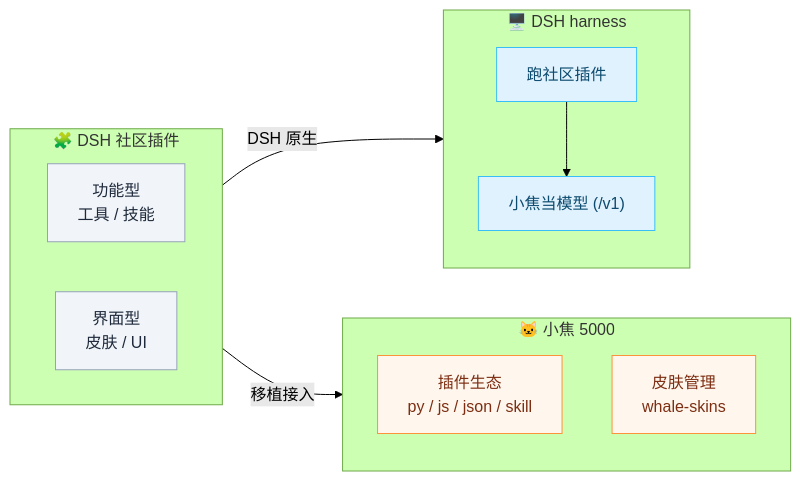
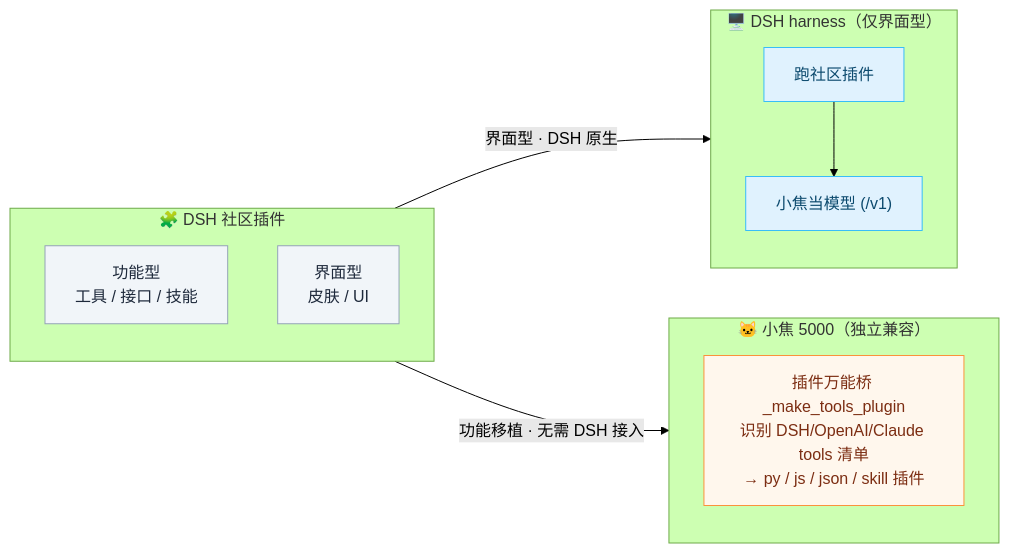
One commit to jiangchuangege/xiaojiao-harness changed the second of 7 diagrams in README.md. Above: the diagram before and after it, drawn with Mermaid (forest theme). The commit also changed other lines of this file and 1 other file, not shown here.

Commit message:
docs: clarify DSH compat - xiaojiao independently supports DSH feature plugins (no DSH needed); separate from DSH-harness-as-model path
- README DSH diagram: two independent paths (feature plugins -> xiaojiao plugin bridge, no DSH; skin/UI -> DSH harness w/ xiaojiao as model)
- dsh-integration.md: add note on xiaojiao's independent DSH feature-plugin compat

````diff
--- a/README.md
+++ b/README.md
@@ -207,31 +210,30 @@
 ```mermaid
 flowchart LR
     subgraph DSHC["🧩 DSH 社区插件"]
-        direction LR
-        D1["功能型<br/>工具 / 技能"]
+        direction TB
+        D1["功能型<br/>工具 / 接口 / 技能"]
         D2["界面型<br/>皮肤 / UI"]
     end
 
-    subgraph XJ["🐱 小焦 5000"]
+    subgraph XJ["🐱 小焦 5000（独立兼容）"]
         direction TB
-        X1["插件生态<br/>py / js / json / skill"]
-        X2["皮肤管理<br/>whale-skins"]
+        X1["插件万能桥 _make_tools_plugin<br/>识别 DSH/OpenAI/Claude tools 清单<br/>→ py / js / json / skill 插件"]
     end
 
-    subgraph DSH["🖥️ DSH harness"]
+    subgraph DSH["🖥️ DSH harness（仅界面型）"]
         direction TB
         DS1["跑社区插件"]
         DS2["小焦当模型 (/v1)"]
     end
 
-    D1 -->|移植接入| X1
-    D2 -->|DSH 原生| DS1
+    D1 -->|"功能移植 · 无需 DSH 接入"| X1
+    D2 -->|"界面型 · DSH 原生"| DS1
     DS1 --> DS2
 
     classDef dshc fill:#f1f5f9,stroke:#94a3b8,color:#1e293b;
     classDef xj fill:#fff7ed,stroke:#fb923c,color:#7c2d12;
     classDef dsh fill:#e0f2fe,stroke:#38bdf8,color:#0c4a6e;
     class D1,D2 dshc;
-    class X1,X2 xj;
+    class X1 xj;
     class DS1,DS2 dsh;
 ```
````
